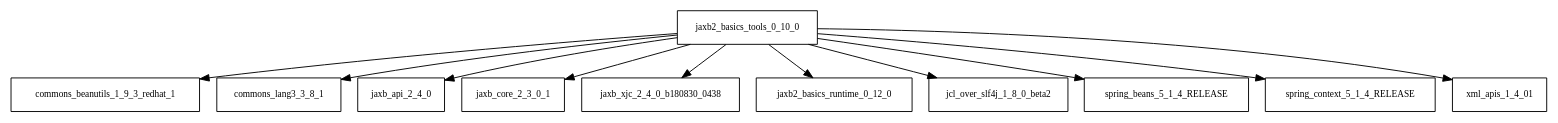
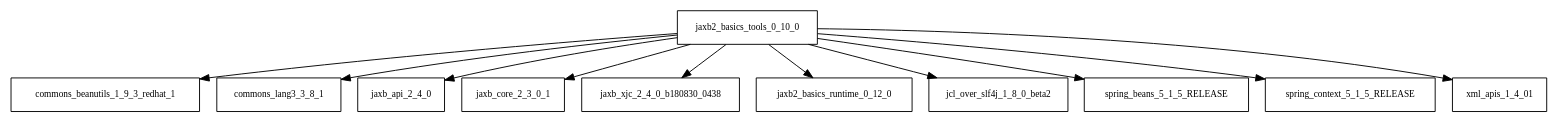
One commit to Hack23/cia changed the diagram in tattleTaleReport/graphviz/jaxb2-basics-tools-0.10.0.jar/jaxb2-basics-tools-0.10.0.jar.dot. Above: the diagram before and after it, drawn with Graphviz. The commit also changed 2445 other files, not shown here.

```diff
--- a/tattleTaleReport/graphviz/jaxb2-basics-tools-0.10.0.jar/jaxb2-basics-tools-0.10.0.jar.dot
+++ b/tattleTaleReport/graphviz/jaxb2-basics-tools-0.10.0.jar/jaxb2-basics-tools-0.10.0.jar.dot
@@ -1,13 +1,13 @@
 digraph jaxb2_basics_tools_0_10_0_dependencies {
   node [shape = box, fontsize=10.0];
   jaxb2_basics_tools_0_10_0 -> commons_beanutils_1_9_3_redhat_1;
   jaxb2_basics_tools_0_10_0 -> commons_lang3_3_8_1;
   jaxb2_basics_tools_0_10_0 -> jaxb_api_2_4_0;
   jaxb2_basics_tools_0_10_0 -> jaxb_core_2_3_0_1;
   jaxb2_basics_tools_0_10_0 -> jaxb_xjc_2_4_0_b180830_0438;
   jaxb2_basics_tools_0_10_0 -> jaxb2_basics_runtime_0_12_0;
   jaxb2_basics_tools_0_10_0 -> jcl_over_slf4j_1_8_0_beta2;
-  jaxb2_basics_tools_0_10_0 -> spring_beans_5_1_4_RELEASE;
-  jaxb2_basics_tools_0_10_0 -> spring_context_5_1_4_RELEASE;
+  jaxb2_basics_tools_0_10_0 -> spring_beans_5_1_5_RELEASE;
+  jaxb2_basics_tools_0_10_0 -> spring_context_5_1_5_RELEASE;
   jaxb2_basics_tools_0_10_0 -> xml_apis_1_4_01;
 }
```
